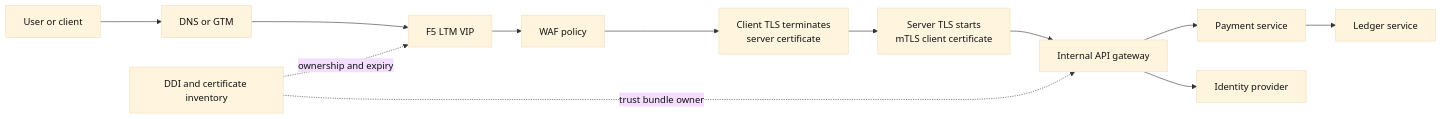
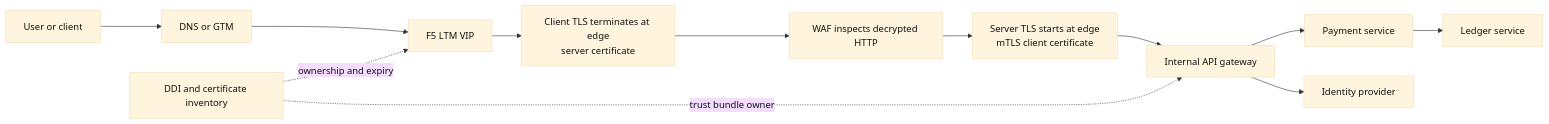
The first of 2 diagrams in book/17-network-security-waf-zero-trust.md (souradeepta/networking-primer), drawn with Mermaid before and after one commit. The commit also changed other lines of this file and 62 other files, not shown here.

````diff
--- a/book/17-network-security-waf-zero-trust.md
+++ b/book/17-network-security-waf-zero-trust.md
@@ -91,26 +91,26 @@
 ```mermaid
 %%{init: {"theme": "base", "themeVariables": {"background": "#ffffff", "primaryTextColor": "#111111", "lineColor": "#333333"}}}%%
 flowchart LR
     User[User or client]
     DNS[DNS or GTM]
     Edge[F5 LTM VIP]
-    WAF[WAF policy]
-    TLS1[Client TLS terminates\nserver certificate]
+    TLS1[Client TLS terminates at edge\nserver certificate]
+    WAF[WAF inspects decrypted HTTP]
     Gateway[Internal API gateway]
-    TLS2[Server TLS starts\nmTLS client certificate]
+    TLS2[Server TLS starts at edge\nmTLS client certificate]
     Pay[Payment service]
     Ledger[Ledger service]
     Auth[Identity provider]
     DDI[DDI and certificate inventory]
     User --> DNS
     DNS --> Edge
-    Edge --> WAF
-    WAF --> TLS1
-    TLS1 --> TLS2
+    Edge --> TLS1
+    TLS1 --> WAF
+    WAF --> TLS2
     TLS2 --> Gateway
     Gateway --> Auth
     Gateway --> Pay
     Pay --> Ledger
     DDI -. ownership and expiry .-> Edge
     DDI -. trust bundle owner .-> Gateway
 ```
````
